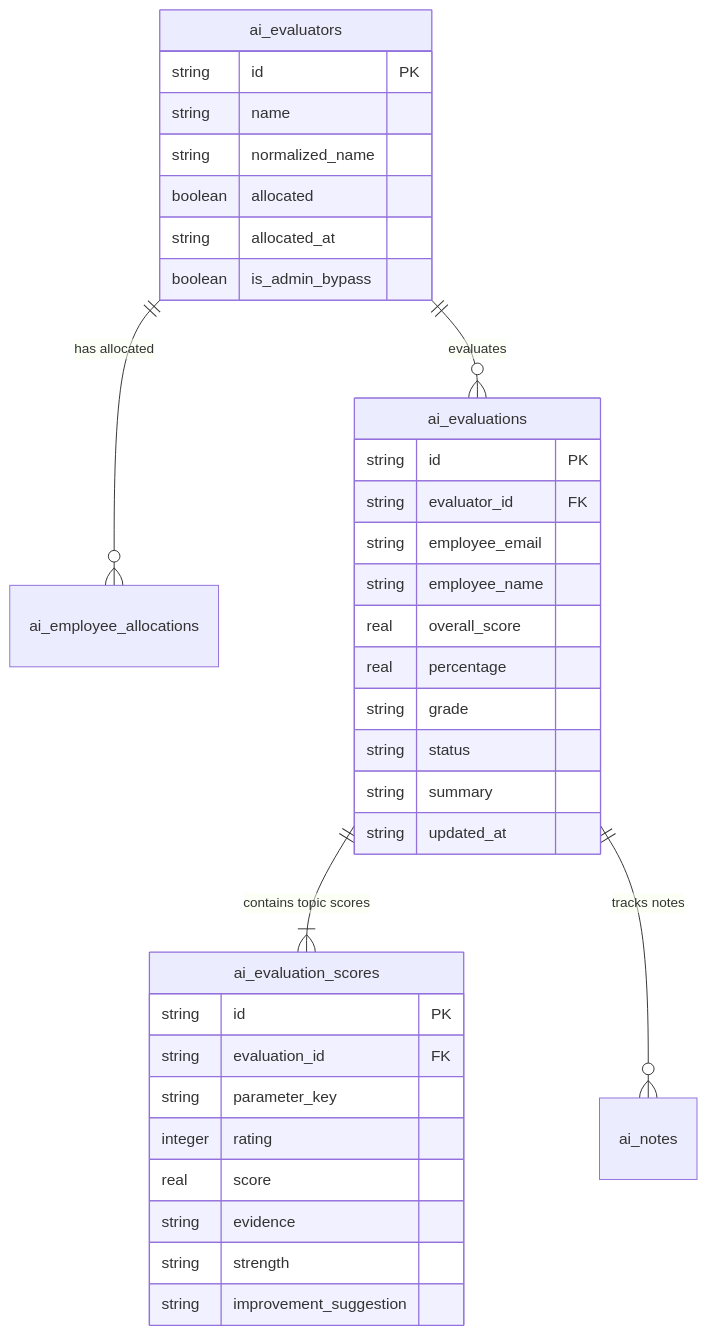
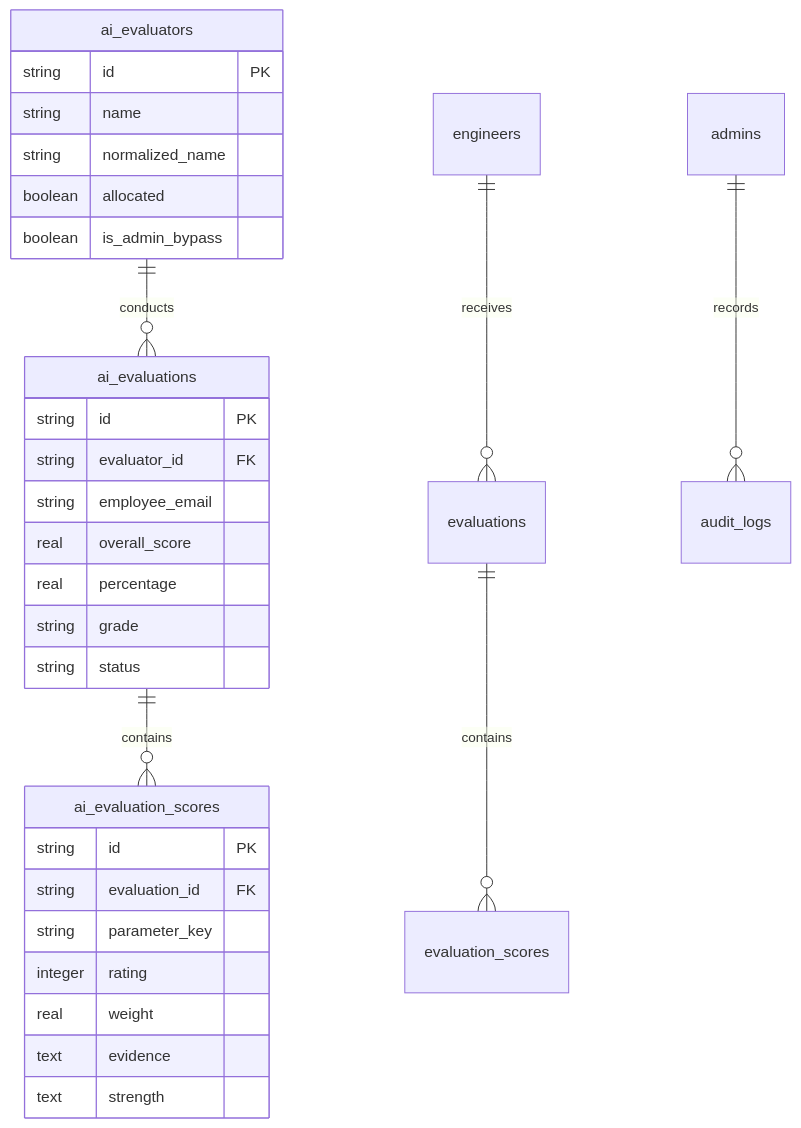
One commit to akshaykumar33/Wysbryx-Ledger changed the fourth of 4 diagrams in README.md. Above: the diagram before and after it, drawn with Mermaid. The commit also changed other lines of this file and 1 other file, not shown here.

````diff
--- a/README.md
+++ b/README.md
@@ -221,40 +233,36 @@
 ```mermaid
 erDiagram
-    ai_evaluators ||--o{ ai_employee_allocations : "has allocated"
-    ai_evaluators ||--o{ ai_evaluations : "evaluates"
-    ai_evaluations ||--|{ ai_evaluation_scores : "contains topic scores"
-    ai_evaluations ||--o{ ai_notes : "tracks notes"
+    ai_evaluators ||--o{ ai_evaluations : conducts
+    ai_evaluations ||--o{ ai_evaluation_scores : contains
+    engineers ||--o{ evaluations : receives
+    evaluations ||--o{ evaluation_scores : contains
+    admins ||--o{ audit_logs : records
 
     ai_evaluators {
         string id PK
         string name
         string normalized_name
         boolean allocated
-        string allocated_at
         boolean is_admin_bypass
     }
 
     ai_evaluations {
         string id PK
         string evaluator_id FK
         string employee_email
-        string employee_name
         real overall_score
         real percentage
         string grade
         string status
-        string summary
-        string updated_at
     }
 
     ai_evaluation_scores {
         string id PK
         string evaluation_id FK
         string parameter_key
         integer rating
-        real score
-        string evidence
-        string strength
-        string improvement_suggestion
+        real weight
+        text evidence
+        text strength
     }
 ```
````
